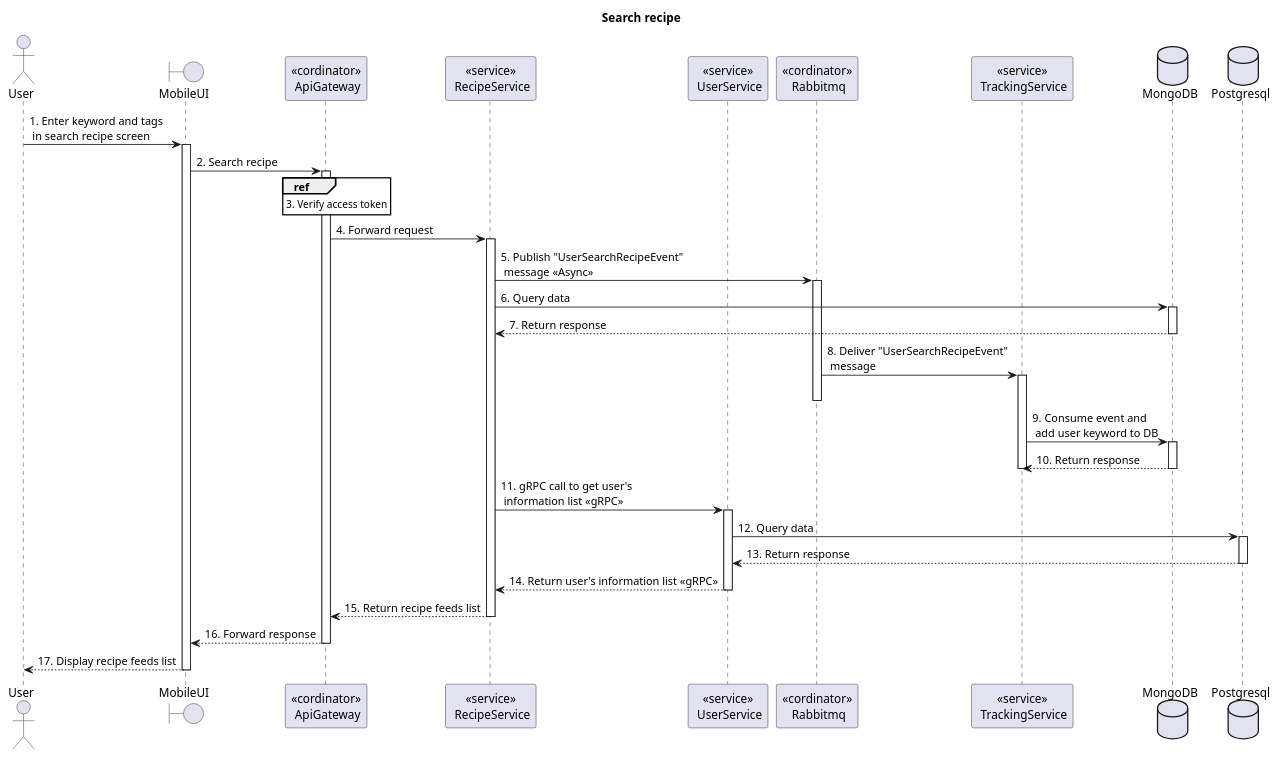
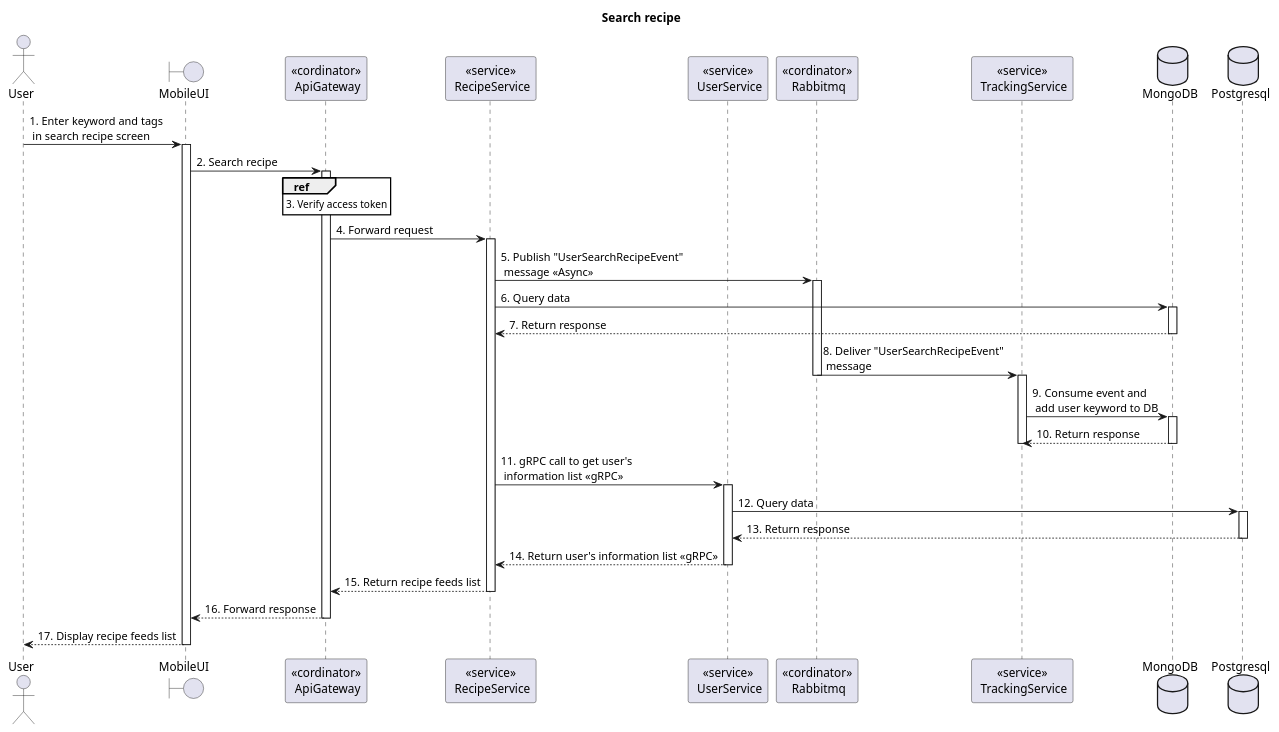
The diagram in doc/SDS/Recipe/Search recipe/Sequence.plantuml (Carl-Johnsons/tastopia), drawn with PlantUML before and after one commit. The commit also changed 21 other files, not shown here.

Commit message:
doc: fix recipe sequence diagram

```diff
--- a/doc/SDS/Recipe/Search recipe/Sequence.plantuml
+++ b/doc/SDS/Recipe/Search recipe/Sequence.plantuml
@@ -1,49 +1,50 @@
 @startuml Sequence
 title "Search recipe"
 <style>
   sequenceDiagram {
     reference {
       BackGroundColor white
     }
 }
 </style>
 
 actor User
 boundary MobileUI
 participant "<<cordinator>>\n ApiGateway" as ApiGateway
 participant "<<service>>\n RecipeService" as RecipeService
 participant "<<service>>\n UserService" as UserService
 participant "<<cordinator>>\n Rabbitmq" as Rabbitmq
 participant "<<service>>\n TrackingService" as TrackingService
 database MongoDB
 database Postgresql
 
 User -> MobileUI++: 1. Enter keyword and tags \n in search recipe screen
 
 MobileUI -> ApiGateway++: 2. Search recipe
 
 ref over ApiGateway: 3. Verify access token
 
 ApiGateway -> RecipeService++: 4. Forward request
 
 RecipeService -> Rabbitmq++: 5. Publish "UserSearchRecipeEvent" \n message <<Async>>
 
 RecipeService -> MongoDB++: 6. Query data
 RecipeService <-- MongoDB--: 7. Return response
 
-Rabbitmq -> TrackingService++: 8. Deliver "UserSearchRecipeEvent"\n message
+Rabbitmq -> TrackingService: 8. Deliver "UserSearchRecipeEvent"\n message
 deactivate Rabbitmq
+activate TrackingService
 TrackingService -> MongoDB++: 9. Consume event and \n add user keyword to DB
 TrackingService <-- MongoDB--: 10. Return response
 deactivate TrackingService
 
 RecipeService -> UserService++: 11. gRPC call to get user's \n information list <<gRPC>>
 UserService -> Postgresql++: 12. Query data
 UserService <-- Postgresql--: 13. Return response
 RecipeService <-- UserService--: 14. Return user's information list <<gRPC>>
 
 ApiGateway <-- RecipeService--: 15. Return recipe feeds list
 MobileUI <-- ApiGateway--: 16. Forward response
 User <-- MobileUI--: 17. Display recipe feeds list
 
 @enduml
```
